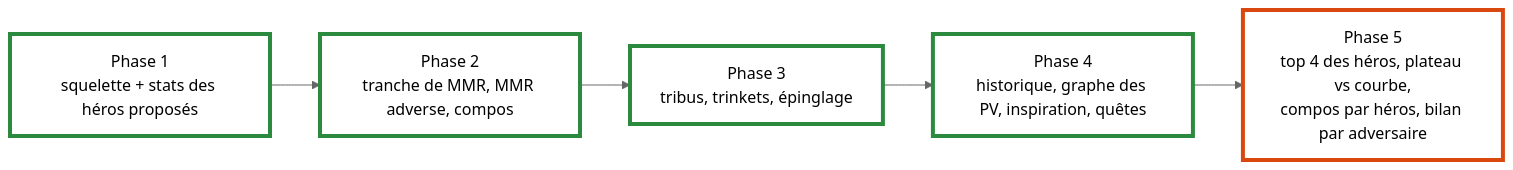
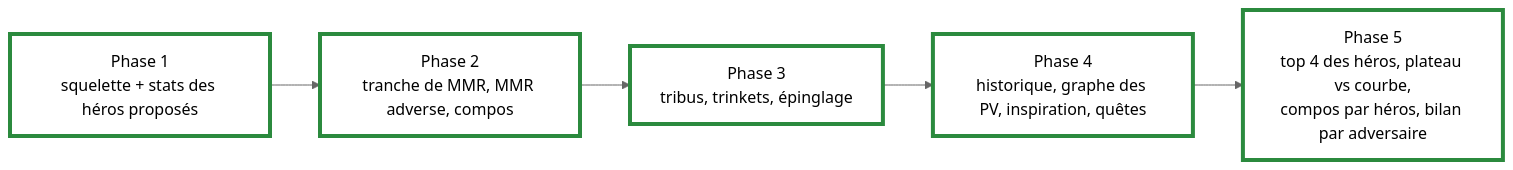
The diagram in docs/plans/2026-09-26-parite-tier7-plan.md (elphono/tavern-compass), drawn with Mermaid (neutral theme) before and after one commit. The commit also changed other lines of this file and 3 other files, not shown here.

````diff
--- a/docs/plans/2026-09-26-parite-tier7-plan.md
+++ b/docs/plans/2026-09-26-parite-tier7-plan.md
@@ -9,11 +9,9 @@
 ```mermaid
 flowchart LR
     P1["Phase 1<br/>squelette + stats des héros proposés"] --> P2["Phase 2<br/>tranche de MMR, MMR adverse, compos"]
     P2 --> P3["Phase 3<br/>tribus, trinkets, épinglage"]
     P3 --> P4["Phase 4<br/>historique, graphe des PV, inspiration, quêtes"]
     P4 --> P5["Phase 5<br/>top 4 des héros, plateau vs courbe,<br/>compos par héros, bilan par adversaire"]
     classDef done fill:#ffffff,stroke:#2b8a3e,stroke-width:4px,color:#000000
-    classDef todo fill:#ffffff,stroke:#d9480f,stroke-width:4px,color:#000000
-    class P1,P2,P3,P4 done
-    class P5 todo
+    class P1,P2,P3,P4,P5 done
 ```
````
